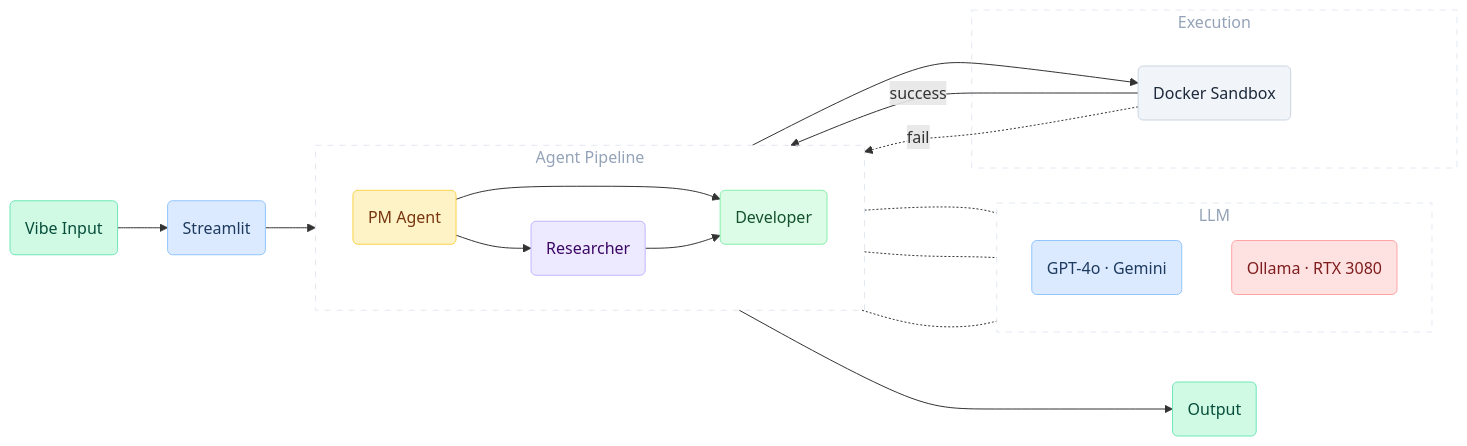
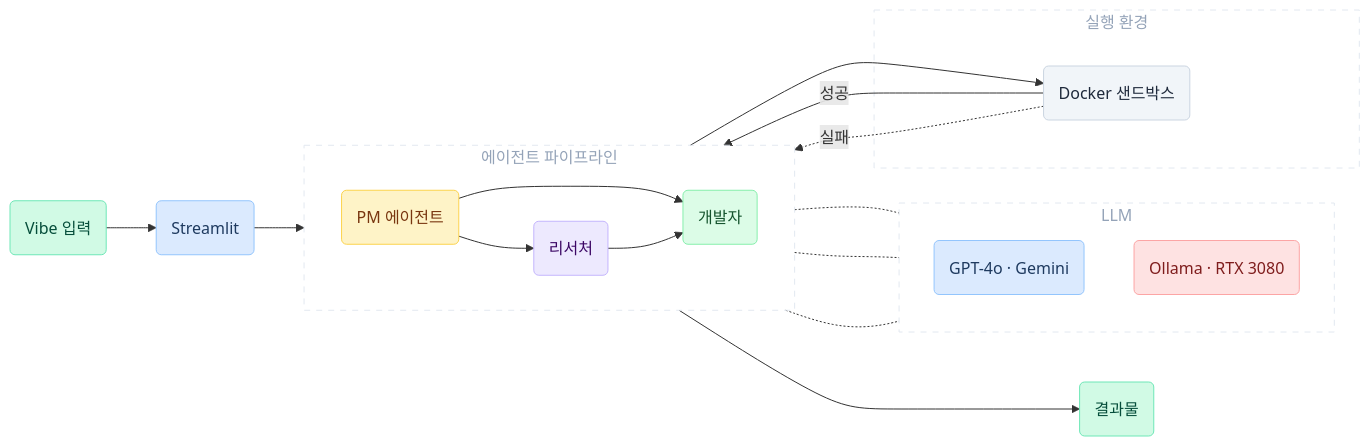
Before and after one commit to kuro-0211/auto-vibe-coding: the first of 2 diagrams in README.md, drawn with Mermaid. The commit also changed other lines of this file and 1 other file, not shown here.

Commit message:
프로젝트 초기 구성

````diff
--- a/README.md
+++ b/README.md
@@ -18,42 +18,42 @@
 ```mermaid
 graph LR
-    A(Vibe Input):::mint --> B(Streamlit):::blue
+    A(Vibe 입력):::mint --> B(Streamlit):::blue
 
-    subgraph agents [" Agent Pipeline "]
+    subgraph agents [" 에이전트 파이프라인 "]
         direction LR
-        PM(PM Agent):::amber --> RES(Researcher):::violet
-        PM --> DEV(Developer):::green
+        PM(PM 에이전트):::amber --> RES(리서처):::violet
+        PM --> DEV(개발자):::green
         RES --> DEV
     end
 
     subgraph llm [" LLM "]
         direction TB
         CLOUD(GPT-4o · Gemini):::blue
         LOCAL(Ollama · RTX 3080):::red
     end
 
-    subgraph run [" Execution "]
-        SANDBOX(Docker Sandbox):::slate
+    subgraph run [" 실행 환경 "]
+        SANDBOX(Docker 샌드박스):::slate
     end
 
     B --> PM
     PM -.- CLOUD
     RES -.- CLOUD
     DEV -.- LOCAL
     DEV --> SANDBOX
-    SANDBOX -- success --> PM
-    SANDBOX -. fail .-> DEV
-    PM --> OUT(Output):::mint
+    SANDBOX -- 성공 --> PM
+    SANDBOX -. 실패 .-> DEV
+    PM --> OUT(결과물):::mint
 
     classDef mint fill:#d1fae5,stroke:#6ee7b7,color:#064e3b
     classDef blue fill:#dbeafe,stroke:#93c5fd,color:#1e3a5f
     classDef amber fill:#fef3c7,stroke:#fcd34d,color:#78350f
     classDef violet fill:#ede9fe,stroke:#c4b5fd,color:#3b0764
     classDef green fill:#dcfce7,stroke:#86efac,color:#14532d
     classDef red fill:#fee2e2,stroke:#fca5a5,color:#7f1d1d
     classDef slate fill:#f1f5f9,stroke:#cbd5e1,color:#1e293b
 
     style agents fill:none,stroke:#e2e8f0,stroke-width:1px,stroke-dasharray:6,color:#94a3b8
     style llm fill:none,stroke:#e2e8f0,stroke-width:1px,stroke-dasharray:6,color:#94a3b8
     style run fill:none,stroke:#e2e8f0,stroke-width:1px,stroke-dasharray:6,color:#94a3b8
 ```
````
